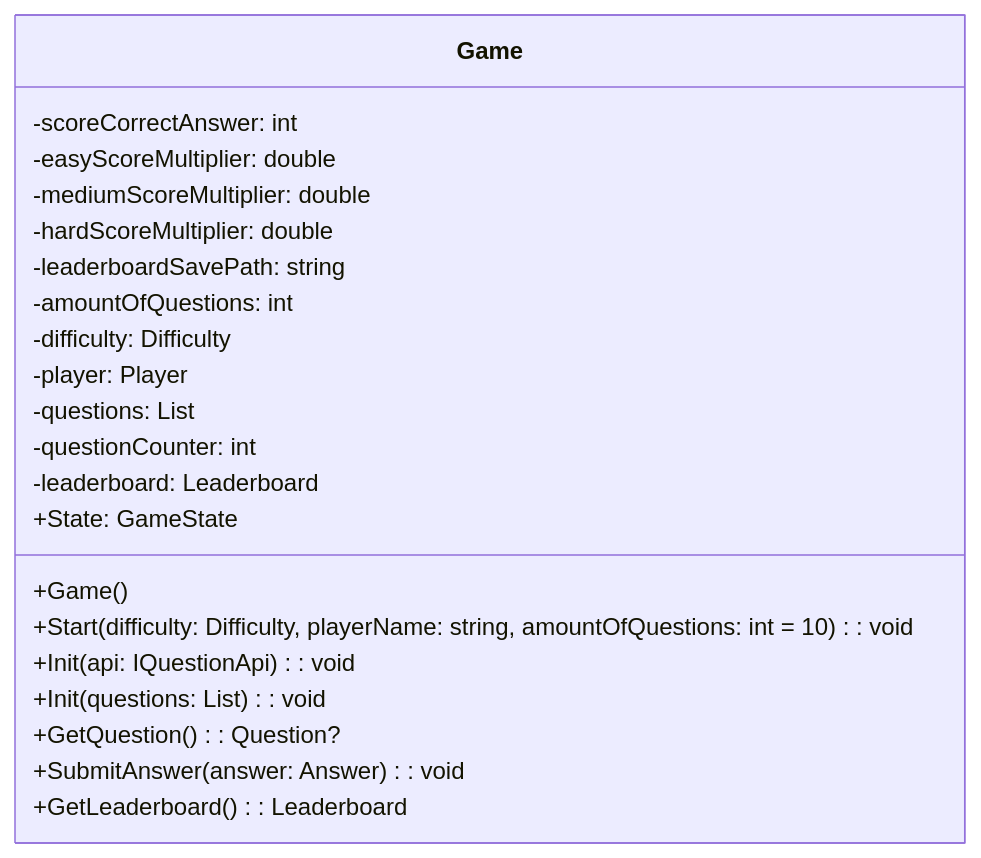
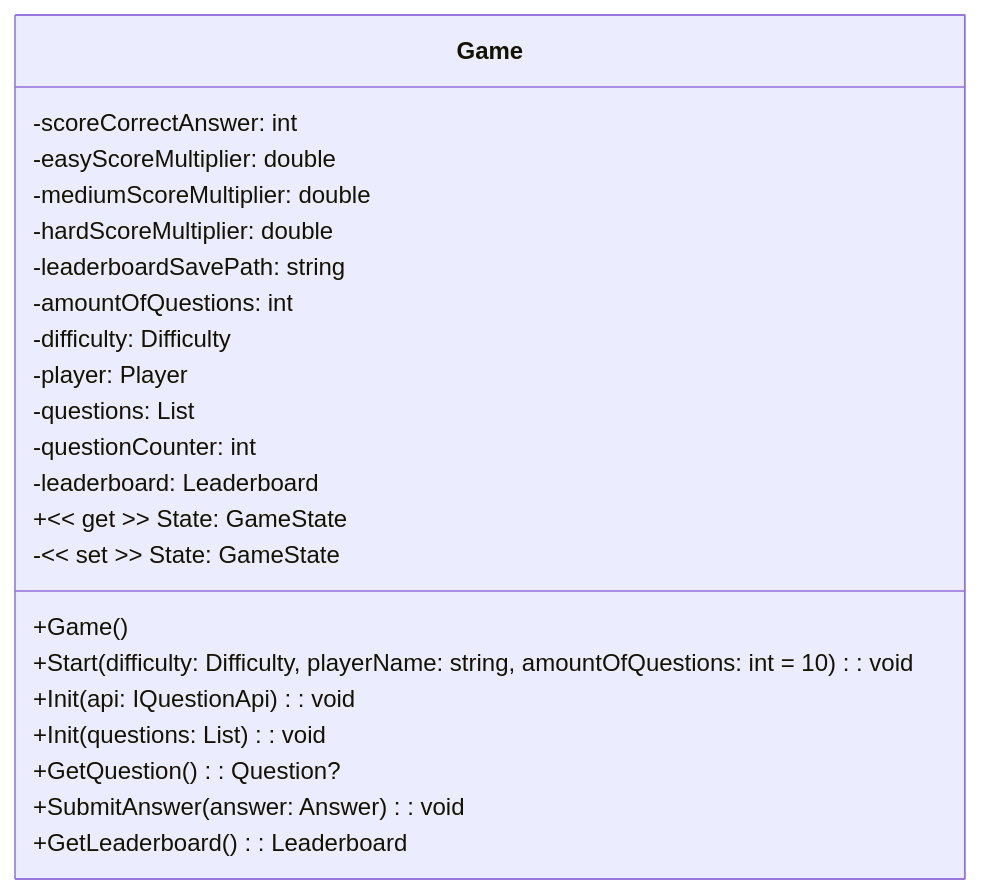
One commit to vives-oop1-2023/questionnaire-Robbedoes24 changed the first of 7 diagrams in README.md. Above: the diagram before and after it, drawn with Mermaid. The commit also changed other lines of this file, not shown here.

````diff
--- a/README.md
+++ b/README.md
@@ -74,24 +74,25 @@
 ```mermaid
     classDiagram
         class Game {
             +Game()
             +Start(difficulty: Difficulty, playerName: string, amountOfQuestions: int = 10): void
             +Init(api: IQuestionApi): void
             +Init(questions: List<Question>): void
             +GetQuestion(): Question?
             +SubmitAnswer(answer: Answer): void
             +GetLeaderboard(): Leaderboard
             -scoreCorrectAnswer: int
             -easyScoreMultiplier: double
             -mediumScoreMultiplier: double
             -hardScoreMultiplier: double
             -leaderboardSavePath: string
             -amountOfQuestions: int
             -difficulty: Difficulty
             -player: Player
             -questions: List<Question>
             -questionCounter: int
             -leaderboard: Leaderboard
-            +State: GameState
+            +<< get >> State: GameState
+            -<< set >> State: GameState
         }
 ```
````
